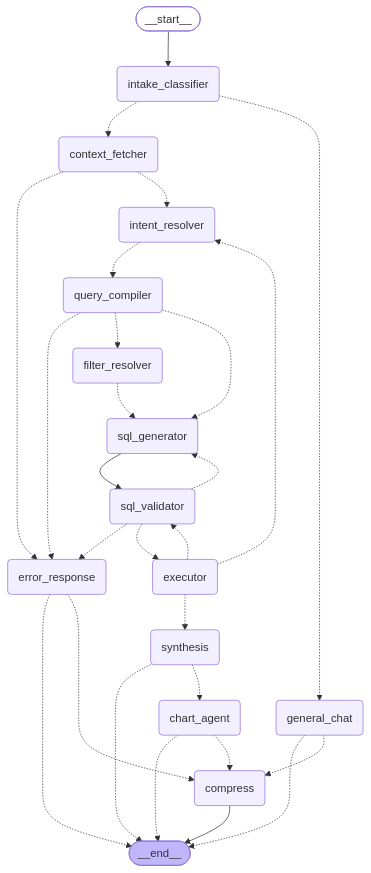
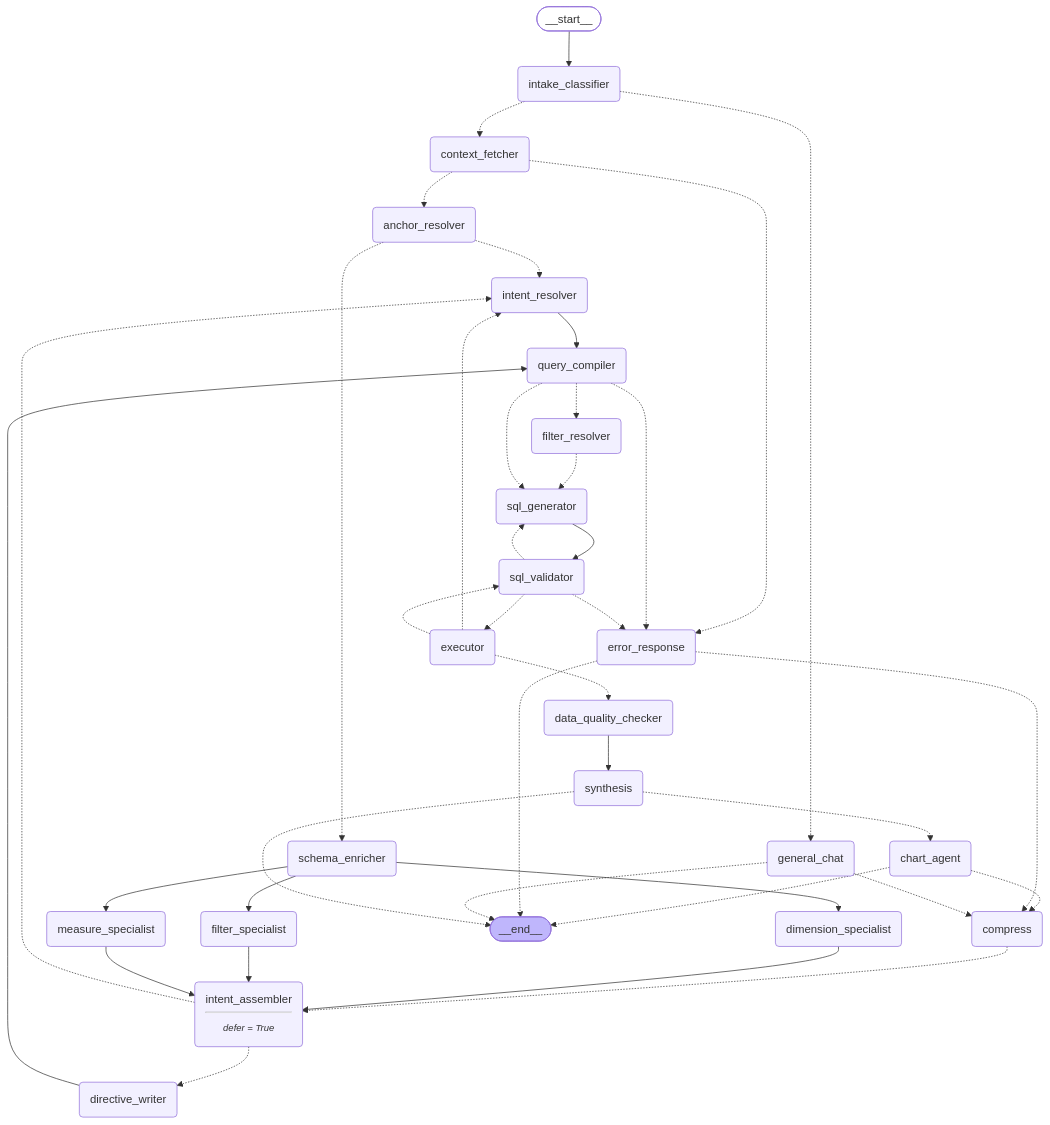
The diagram in assets/analytics_graph.mmd (mayankdas2005/MTI-Brain), drawn with Mermaid before and after one commit. The commit also changed 50 other files, not shown here.

```diff
--- a/assets/analytics_graph.mmd
+++ b/assets/analytics_graph.mmd
@@ -1,45 +1,65 @@
 graph TD;
 	__start__([<p>__start__</p>]):::first
 	intake_classifier(intake_classifier)
 	general_chat(general_chat)
 	context_fetcher(context_fetcher)
+	anchor_resolver(anchor_resolver)
+	schema_enricher(schema_enricher)
+	measure_specialist(measure_specialist)
+	filter_specialist(filter_specialist)
+	dimension_specialist(dimension_specialist)
+	intent_assembler(intent_assembler<hr/><small><em>defer = True</em></small>)
+	directive_writer(directive_writer)
 	intent_resolver(intent_resolver)
 	query_compiler(query_compiler)
 	filter_resolver(filter_resolver)
 	sql_generator(sql_generator)
 	sql_validator(sql_validator)
 	executor(executor)
+	data_quality_checker(data_quality_checker)
 	synthesis(synthesis)
 	chart_agent(chart_agent)
 	error_response(error_response)
 	compress(compress)
 	__end__([<p>__end__</p>]):::last
 	__start__ --> intake_classifier;
+	anchor_resolver -.-> intent_resolver;
+	anchor_resolver -.-> schema_enricher;
 	chart_agent -.-> __end__;
 	chart_agent -.-> compress;
+	compress -.-> intent_assembler;
+	context_fetcher -.-> anchor_resolver;
 	context_fetcher -.-> error_response;
-	context_fetcher -.-> intent_resolver;
+	data_quality_checker --> synthesis;
+	dimension_specialist --> intent_assembler;
+	directive_writer --> query_compiler;
 	error_response -.-> __end__;
 	error_response -.-> compress;
+	executor -.-> data_quality_checker;
 	executor -.-> intent_resolver;
 	executor -.-> sql_validator;
-	executor -.-> synthesis;
 	filter_resolver -.-> sql_generator;
+	filter_specialist --> intent_assembler;
 	general_chat -.-> __end__;
 	general_chat -.-> compress;
 	intake_classifier -.-> context_fetcher;
 	intake_classifier -.-> general_chat;
-	intent_resolver -.-> query_compiler;
+	intent_assembler -.-> directive_writer;
+	intent_assembler -.-> intent_resolver;
+	intent_resolver --> query_compiler;
+	measure_specialist --> intent_assembler;
 	query_compiler -.-> error_response;
 	query_compiler -.-> filter_resolver;
 	query_compiler -.-> sql_generator;
+	schema_enricher --> dimension_specialist;
+	schema_enricher --> filter_specialist;
+	schema_enricher --> measure_specialist;
 	sql_generator --> sql_validator;
 	sql_validator -.-> error_response;
 	sql_validator -.-> executor;
 	sql_validator -.-> sql_generator;
 	synthesis -.-> __end__;
 	synthesis -.-> chart_agent;
-	compress --> __end__;
 	classDef default fill:#f2f0ff,line-height:1.2
 	classDef first fill-opacity:0
 	classDef last fill:#bfb6fc
```
